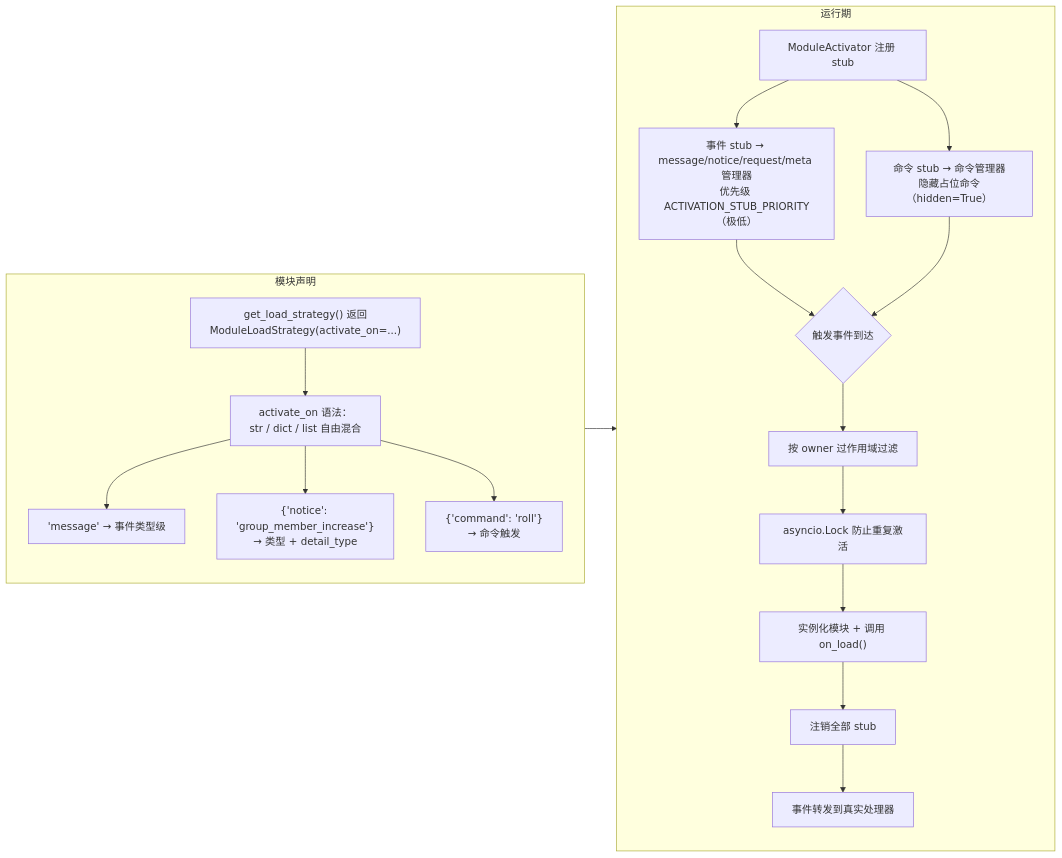
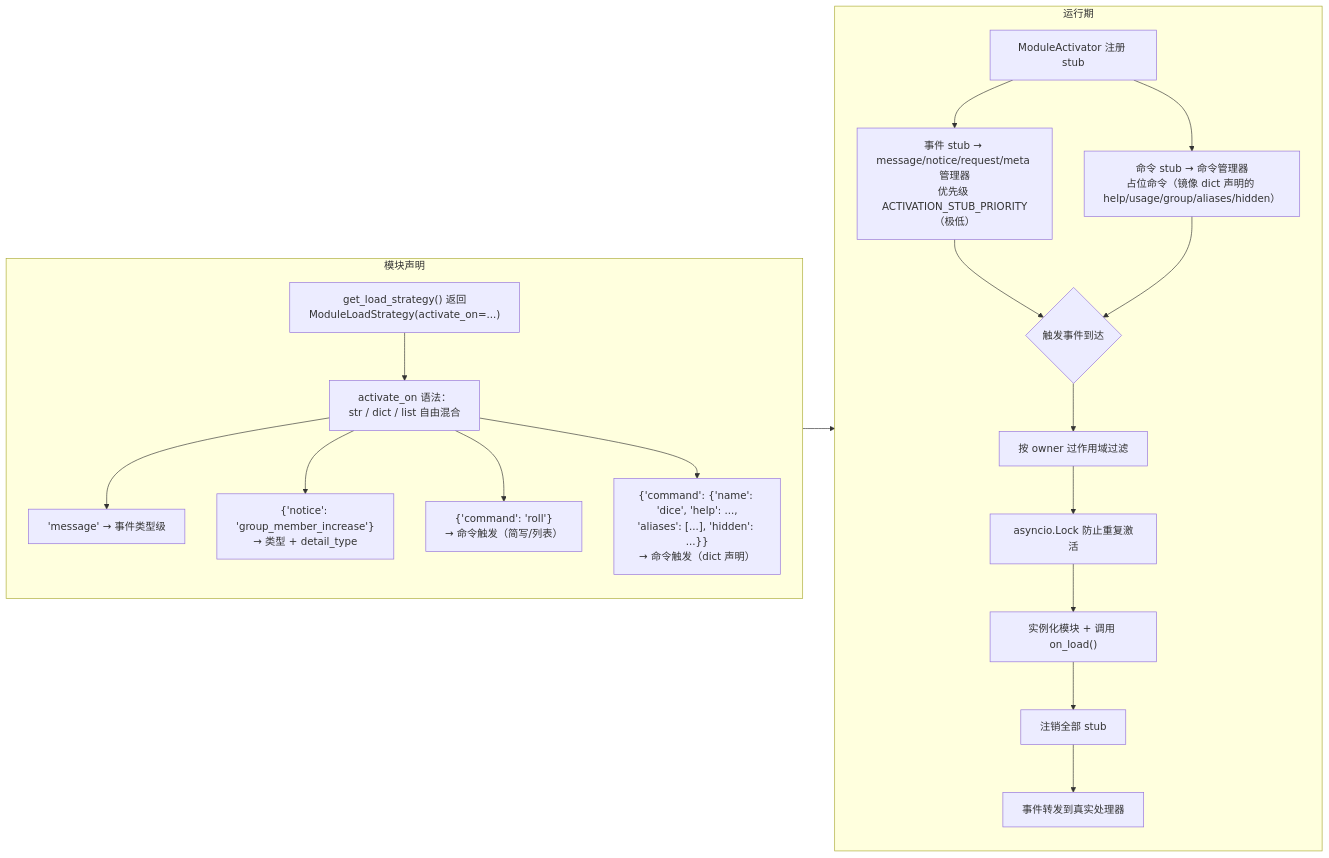
The sixth of 8 diagrams in docs/zh-CN/architecture.md (ErisPulse/ErisPulse), drawn with Mermaid before and after one commit. The commit also changed other lines of this file and 32 other files, not shown here.

Commit message:
docs: accuracy fixes against source, 2.7/2.8 version annotations, session-types merge & dedup, 7 mermaid diagrams

````diff
--- a/docs/zh-CN/architecture.md
+++ b/docs/zh-CN/architecture.md
@@ -201,23 +177,24 @@
 ```mermaid
 flowchart LR
     subgraph Declare["模块声明"]
         S1["get_load_strategy() 返回<br/>ModuleLoadStrategy(activate_on=...)"] --> S2["activate_on 语法：<br/>str / dict / list 自由混合"]
         S2 --> S2a["'message' → 事件类型级"]
         S2 --> S2b["{'notice': 'group_member_increase'}<br/>→ 类型 + detail_type"]
-        S2 --> S2c["{'command': 'roll'}<br/>→ 命令触发"]
+        S2 --> S2c["{'command': 'roll'}<br/>→ 命令触发（简写/列表）"]
+        S2 --> S2d["{'command': {'name': 'dice', 'help': ...,<br/>'aliases': [...], 'hidden': ...}}<br/>→ 命令触发（dict 声明）"]
     end
 
     subgraph Runtime["运行期"]
         R1["ModuleActivator 注册 stub"] --> R1a["事件 stub → message/notice/request/meta 管理器<br/>优先级 ACTIVATION_STUB_PRIORITY（极低）"]
-        R1 --> R1b["命令 stub → 命令管理器<br/>隐藏占位命令（hidden=True）"]
+        R1 --> R1b["命令 stub → 命令管理器<br/>占位命令（镜像 dict 声明的 help/usage/group/aliases/hidden）"]
         R1a --> R2{"触发事件到达"}
         R1b --> R2
         R2 --> R3["按 owner 过作用域过滤"]
         R3 --> R4["asyncio.Lock 防止重复激活"]
         R4 --> R5["实例化模块 + 调用 on_load()"]
         R5 --> R6["注销全部 stub"]
         R6 --> R7["事件转发到真实处理器"]
     end
 
     Declare --> Runtime
 ```
````
